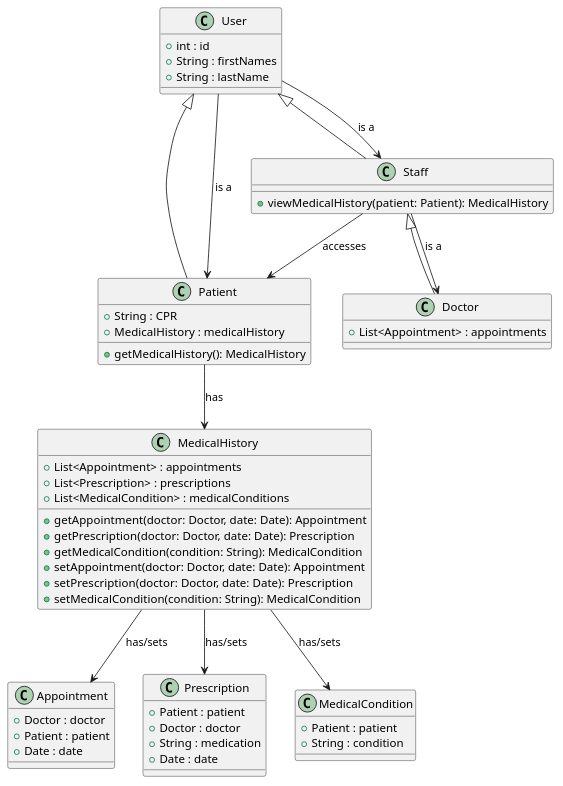
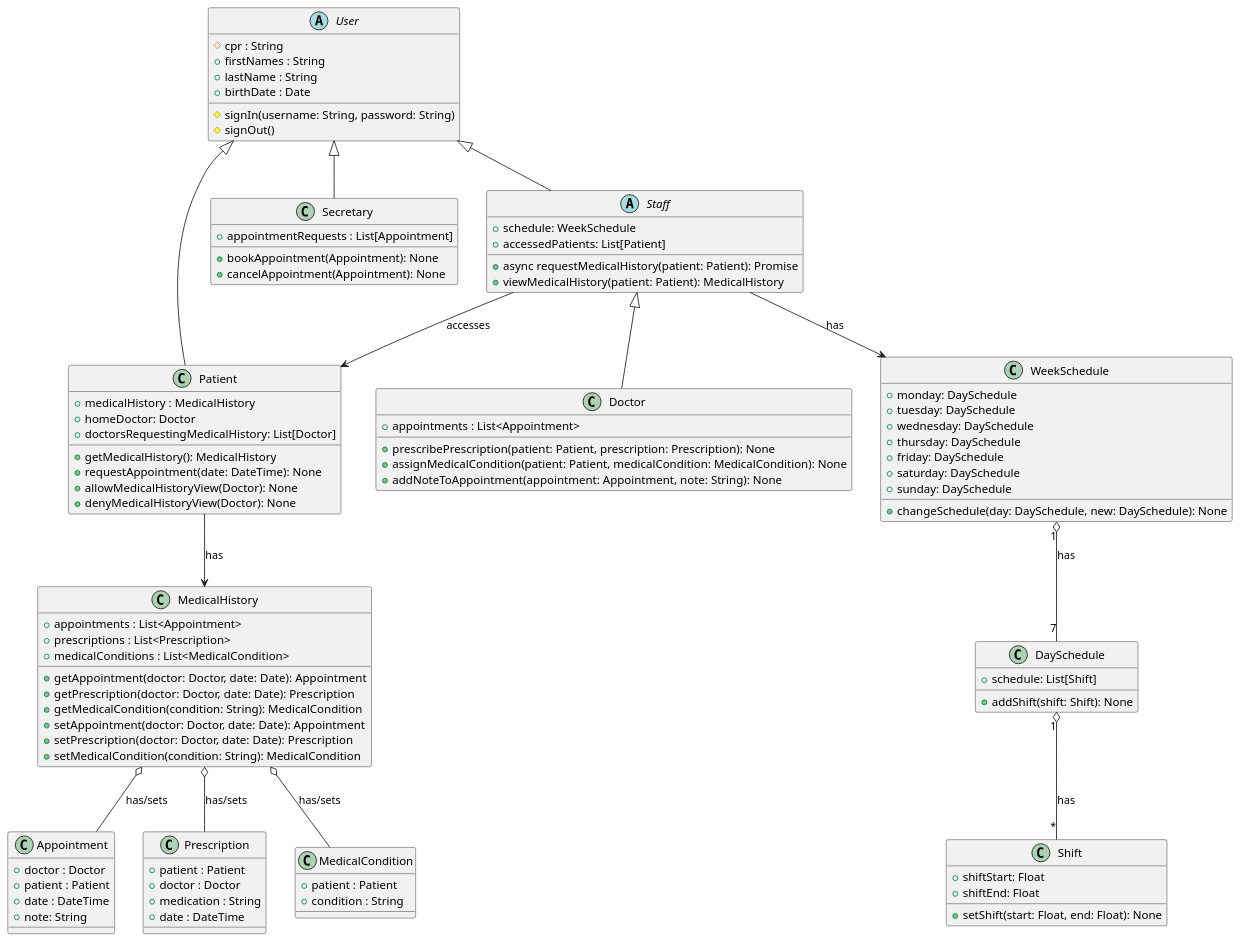
Before and after one commit to smewsh/electronic-health-record: the diagram in uml/class.puml, drawn with PlantUML.

Commit message:
class diagram finished

```diff
--- a/uml/class.puml
+++ b/uml/class.puml
@@ -1,62 +1,107 @@
 @startuml
 
-class User {
-  + int : id
-  + String : firstNames
-  + String : lastName
+abstract User {
+  # cpr : String
+  + firstNames : String
+  + lastName : String
+  + birthDate : Date
+  # signIn(username: String, password: String)
+  # signOut()
 }
 
 class Patient extends User {
-    + String : CPR
-    + MedicalHistory : medicalHistory
+    + medicalHistory : MedicalHistory
+    + homeDoctor: Doctor
+    + doctorsRequestingMedicalHistory: List[Doctor]
     + getMedicalHistory(): MedicalHistory
+    + requestAppointment(date: DateTime): None
+    + allowMedicalHistoryView(Doctor): None
+    + denyMedicalHistoryView(Doctor): None
 }
 
-class Staff extends User {
+class Secretary extends User {
+    + appointmentRequests : List[Appointment]
+    + bookAppointment(Appointment): None
+    + cancelAppointment(Appointment): None
+}
+
+abstract Staff extends User {
+  + schedule: WeekSchedule
+  + accessedPatients: List[Patient]
+  + async requestMedicalHistory(patient: Patient): Promise
   + viewMedicalHistory(patient: Patient): MedicalHistory
 }
 
 class Doctor extends Staff {
-  + List<Appointment> : appointments
+  + appointments : List<Appointment>
+  + prescribePrescription(patient: Patient, prescription: Prescription): None
+  + assignMedicalCondition(patient: Patient, medicalCondition: MedicalCondition): None
+  + addNoteToAppointment(appointment: Appointment, note: String): None
+}
+
+class WeekSchedule {
+    + monday: DaySchedule
+    + tuesday: DaySchedule
+    + wednesday: DaySchedule
+    + thursday: DaySchedule
+    + friday: DaySchedule
+    + saturday: DaySchedule
+    + sunday: DaySchedule
+    + changeSchedule(day: DaySchedule, new: DaySchedule): None
+}
+
+class DaySchedule {
+    + schedule: List[Shift]
+    + addShift(shift: Shift): None
+}
+
+class Shift {
+    + shiftStart: Float
+    + shiftEnd: Float
+    + setShift(start: Float, end: Float): None
 }
 
 class Appointment {
-  + Doctor : doctor
-  + Patient : patient
-  + Date : date
+  + doctor : Doctor
+  + patient : Patient
+  + date : DateTime
+  + note: String
 }
 
 class Prescription {
-  + Patient : patient
-  + Doctor : doctor
-  + String : medication
-  + Date : date
+  + patient : Patient
+  + doctor : Doctor
+  + medication : String
+  + date : DateTime
 }
 
 class MedicalHistory {
-    + List<Appointment> : appointments
-    + List<Prescription> : prescriptions
-    + List<MedicalCondition> : medicalConditions
+    + appointments : List<Appointment>
+    + prescriptions : List<Prescription>
+    + medicalConditions : List<MedicalCondition>
     + getAppointment(doctor: Doctor, date: Date): Appointment
     + getPrescription(doctor: Doctor, date: Date): Prescription
     + getMedicalCondition(condition: String): MedicalCondition
     + setAppointment(doctor: Doctor, date: Date): Appointment
     + setPrescription(doctor: Doctor, date: Date): Prescription
     + setMedicalCondition(condition: String): MedicalCondition
 }
 
 class MedicalCondition {
-  + Patient : patient
-  + String : condition
+  + patient : Patient
+  + condition : String
 }
 
-User --> Patient : is a
-User --> Staff : is a
-Staff --> Doctor : is a
+'User --> Patient : is a
+'User --> Staff : is a
+'Staff --> Doctor : is a
+DaySchedule "1" o-- "*" Shift: has
+WeekSchedule "1" o-- "7" DaySchedule: has
 Patient --> MedicalHistory : has
 Staff --> Patient : accesses
-MedicalHistory --> Appointment : has/sets
-MedicalHistory --> Prescription : has/sets
-MedicalHistory --> MedicalCondition : has/sets
+Staff --> WeekSchedule : has
+MedicalHistory o-- Appointment : has/sets
+MedicalHistory o-- Prescription : has/sets
+MedicalHistory o-- MedicalCondition : has/sets
 
 @enduml
```
